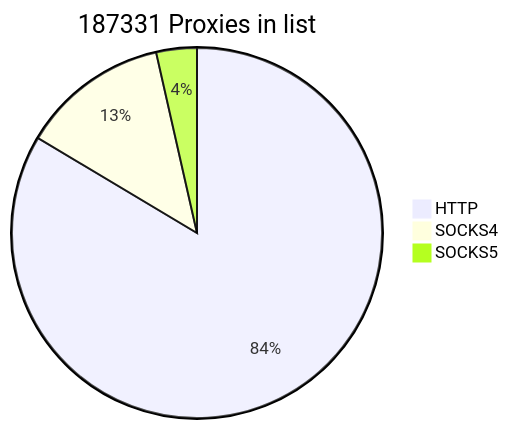
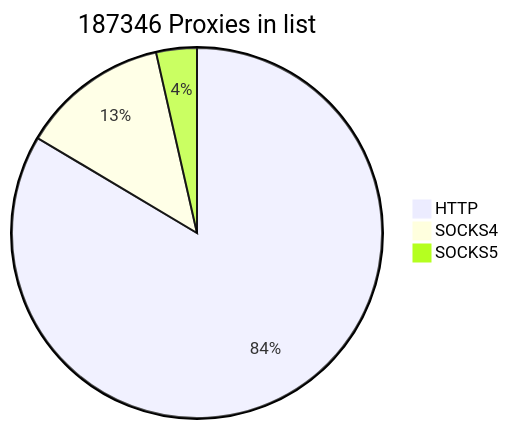
One commit to cutipu/proxylist changed the first of 2 diagrams in README.md. Above: the diagram before and after it, drawn with Mermaid. The commit also changed other lines of this file, not shown here.

````diff
--- a/README.md
+++ b/README.md
@@ -2,7 +2,7 @@
 ```mermaid
-pie title 187331 Proxies in list
+pie title 187346 Proxies in list
     "HTTP" : 156535
-    "SOCKS4" : 24156
-    "SOCKS5" : 6640
+    "SOCKS4" : 24157
+    "SOCKS5" : 6654
             
 ```
````
